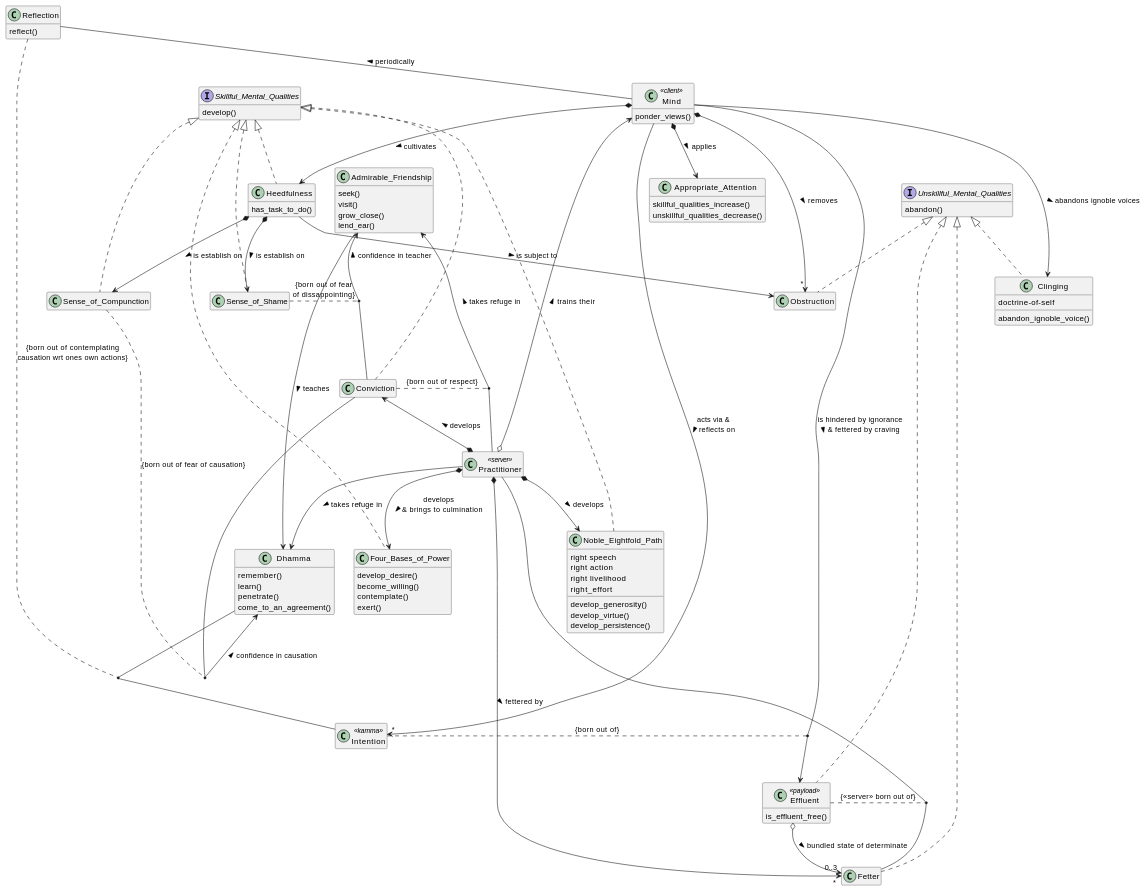
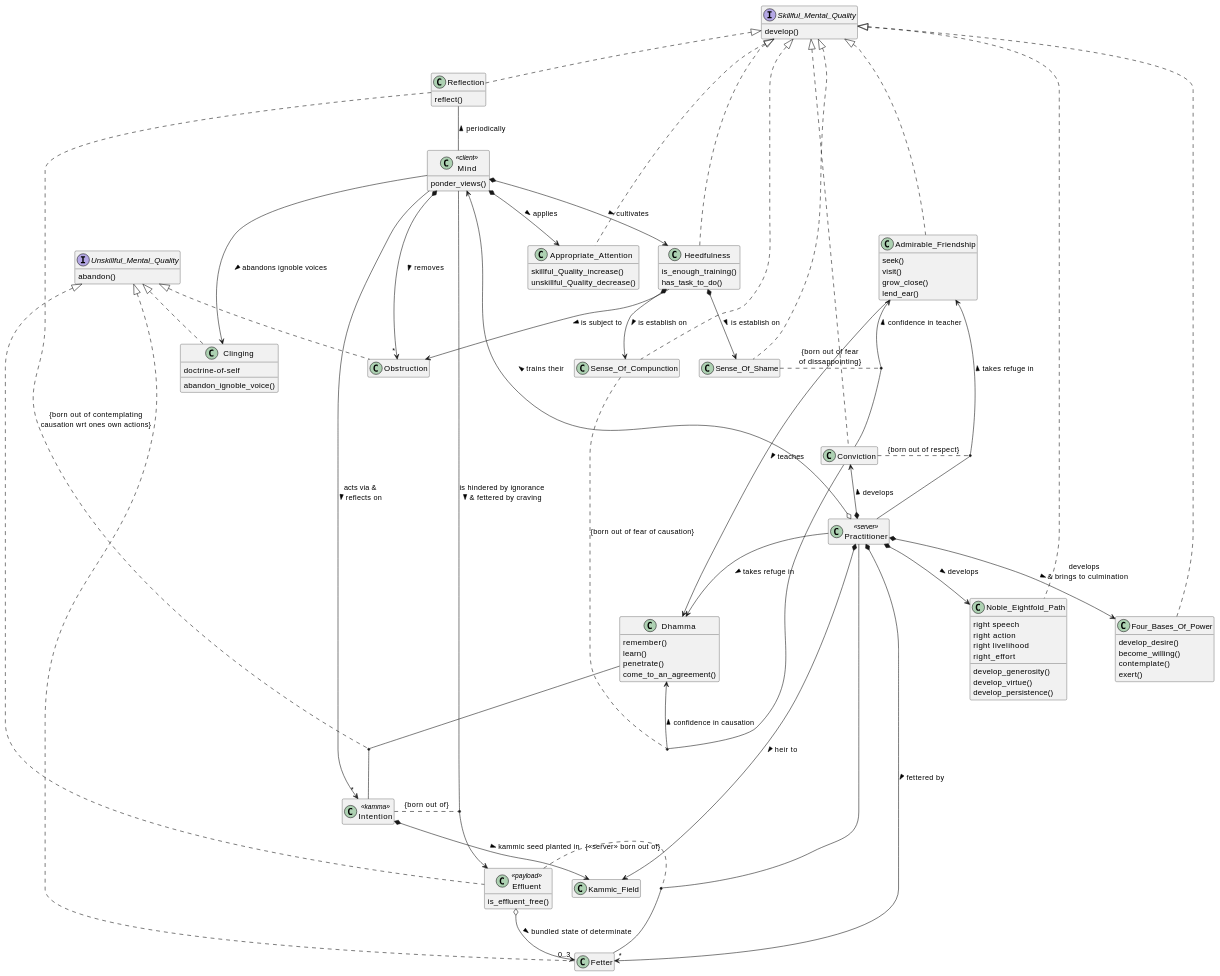
One commit to suttaplayer/dn34-PROGRESSING-BY-TENS changed the second of 4 diagrams in notebookLM/guide/guide_to_writing_PBT_patterns.md. Above: the diagram before and after it, drawn with PlantUML. The commit also changed other lines of this file, not shown here.

Commit message:
- added state diagram

```diff
--- a/notebookLM/guide/guide_to_writing_PBT_patterns.md
+++ b/notebookLM/guide/guide_to_writing_PBT_patterns.md
@@ -437,10 +444,10 @@
 @startuml
 hide empty members
 
-interface Skillful_Mental_Qualities {
+interface Skillful_Mental_Quality {
     develop()
 }
-interface Unskillful_Mental_Qualities {
+interface Unskillful_Mental_Quality {
     abandon()
 }
 
@@ -448,27 +455,28 @@
   ponder_views()
 }
 
-class Appropriate_Attention {
-  skillful_qualities_increase()
-  unskillful_qualities_decrease()
+class Appropriate_Attention implements Skillful_Mental_Quality {
+  skillful_Quality_increase()
+  unskillful_Quality_decrease()
 }
 class Practitioner <<server>>
-class Heedfulness implements Skillful_Mental_Qualities {
+class Heedfulness implements Skillful_Mental_Quality {
+    is_enough_training()
     has_task_to_do()
 }
 
 class Intention <<kamma>>
-class Conviction implements Skillful_Mental_Qualities
+class Conviction implements Skillful_Mental_Quality
 class Dhamma {
     remember()
     learn()
     penetrate()
     come_to_an_agreement()
 }
-class Sense_of_Shame implements Skillful_Mental_Qualities
-class Sense_of_Compunction implements Skillful_Mental_Qualities
-class Obstruction implements Unskillful_Mental_Qualities
-class Noble_Eightfold_Path implements Skillful_Mental_Qualities {
+class Sense_Of_Shame implements Skillful_Mental_Quality
+class Sense_Of_Compunction implements Skillful_Mental_Quality
+class Obstruction implements Unskillful_Mental_Quality
+class Noble_Eightfold_Path implements Skillful_Mental_Quality {
   right speech
   right action
   right livelihood
@@ -479,30 +487,30 @@
   develop_persistence()
 }
 
-class Four_Bases_of_Power implements Skillful_Mental_Qualities {
+class Four_Bases_Of_Power implements Skillful_Mental_Quality {
     develop_desire()
     become_willing()
     contemplate()
     exert()
 }
 
-class Reflection {
+class Reflection implements Skillful_Mental_Quality {
     reflect()
 }
-class Effluent <<payload>> implements Unskillful_Mental_Qualities {
+class Effluent <<payload>> implements Unskillful_Mental_Quality {
     is_effluent_free()
 }
-class Admirable_Friendship {
+class Admirable_Friendship implements Skillful_Mental_Quality {
     seek()
     visit()
     grow_close()
     lend_ear()
 }
-class Clinging implements Unskillful_Mental_Qualities {
+class Clinging implements Unskillful_Mental_Quality {
   doctrine-of-self
   abandon_ignoble_voice()
 }
-class Fetter implements Unskillful_Mental_Qualities
+class Fetter implements Unskillful_Mental_Quality
 Effluent o--> "0..3" Fetter: bundled state of determinate >
 Effluent .. (Practitioner, Fetter): {<<server>> born out of}
 
@@ -516,21 +524,23 @@
 Intention .. (Mind, Effluent): {born out of}
 
 Mind *--> Heedfulness: cultivates >
-Heedfulness *--> Sense_of_Shame: is establish on >
-Heedfulness *--> Sense_of_Compunction: is establish on >
+Heedfulness *--> Sense_Of_Shame: is establish on >
+Heedfulness *--> Sense_Of_Compunction: is establish on >
 Heedfulness --> Obstruction: is subject to >
 Admirable_Friendship <-- Practitioner: takes refuge in <
 Conviction .. (Admirable_Friendship, Practitioner): {born out of respect}
 Admirable_Friendship <-- Conviction: confidence in teacher <
-Sense_of_Shame .. (Admirable_Friendship, Conviction): {born out of fear\nof dissappointing}
+Sense_Of_Shame .. (Admirable_Friendship, Conviction): {born out of fear\nof dissappointing}
 Dhamma <-- Conviction: confidence in causation <
-Sense_of_Compunction .. (Dhamma, Conviction): {born out of fear of causation}
+Sense_Of_Compunction .. (Dhamma, Conviction): {born out of fear of causation}
 Admirable_Friendship --> Dhamma: teaches >
 
+Practitioner *--> Kammic_Field: heir to >
+Intention *--> Kammic_Field: kammic seed planted in >
 Practitioner *--> "*" Fetter: fettered by >
 Practitioner --> Dhamma: takes refuge in >
 Practitioner *--> Conviction: develops >
-Practitioner *--> Four_Bases_of_Power: develops\n& brings to culmination >
+Practitioner *--> Four_Bases_Of_Power: develops\n& brings to culmination >
 Practitioner *--> Noble_Eightfold_Path: develops >
 Practitioner o--> Mind: trains their >
 @enduml
```
